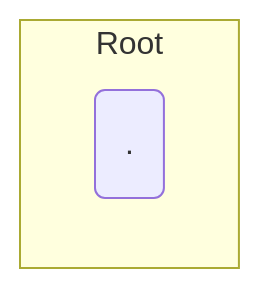
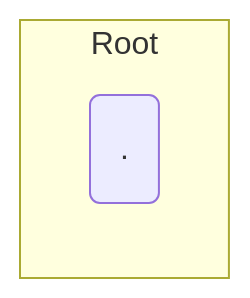
The second of 6 diagrams in _posts/2022-12-01-what-is-DNS.md (underscoremin/underscoremin.github.io), drawn with Mermaid before and after one commit. The commit also changed other lines of this file and 2 other files, not shown here.

Commit message:
WIP What is DNS, mermaid styling

```diff
--- a/_posts/2022-12-01-what-is-DNS.md
+++ b/_posts/2022-12-01-what-is-DNS.md
@@ -94,6 +97,6 @@
 <div class="mermaid">
-flowchart TD
+flowchart LR
     subgraph Root
-    n1(.)
+        root(.)
     end
 </div>
```
